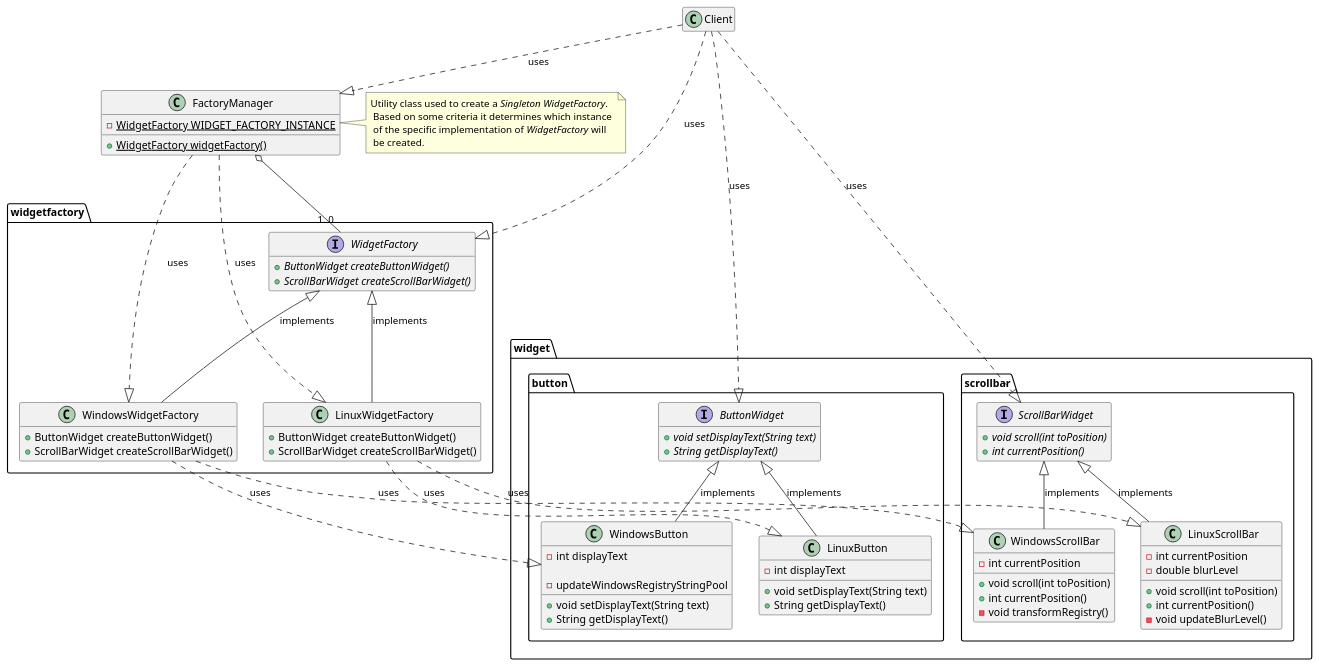
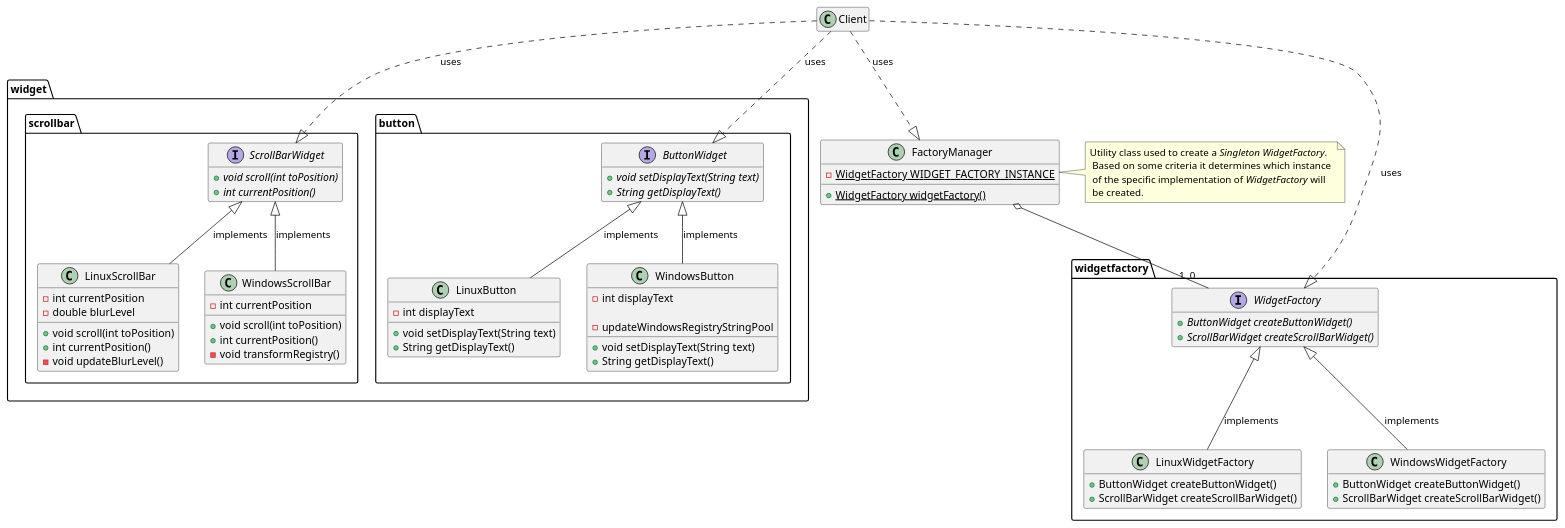
Before and after one commit to lealceldeiro/gems: the diagram in DesignPatternsElementsOfReusableObjectOrientesSoftware/Chapter03/AbstractFactory/AbstractFactoryPattern.puml, drawn with PlantUML.

Commit message:
Update AbstractFactoryPattern.puml
Remove incorrect usage reference among clases

```diff
--- a/DesignPatternsElementsOfReusableObjectOrientesSoftware/Chapter03/AbstractFactory/AbstractFactoryPattern.puml
+++ b/DesignPatternsElementsOfReusableObjectOrientesSoftware/Chapter03/AbstractFactory/AbstractFactoryPattern.puml
@@ -1,96 +1,88 @@
 @startuml
 package widgetfactory {
     interface WidgetFactory {
         + {abstract} ButtonWidget createButtonWidget()
         + {abstract} ScrollBarWidget createScrollBarWidget()
     }
     class LinuxWidgetFactory {
         + ButtonWidget createButtonWidget()
         + ScrollBarWidget createScrollBarWidget()
     }
     class WindowsWidgetFactory {
         + ButtonWidget createButtonWidget()
         + ScrollBarWidget createScrollBarWidget()
     }
 
     WidgetFactory <|-- LinuxWidgetFactory : implements
     WidgetFactory <|-- WindowsWidgetFactory : implements
 }
 
 package widget {
     package scrollbar {
         interface ScrollBarWidget {
             + {abstract} void scroll(int toPosition)
             + {abstract} int currentPosition()
         }
         class LinuxScrollBar {
             - int currentPosition
             - double blurLevel
 
             + void scroll(int toPosition)
             + int currentPosition()
             - void updateBlurLevel()
         }
         class WindowsScrollBar {
             - int currentPosition
 
             + void scroll(int toPosition)
             + int currentPosition()
             - void transformRegistry()
         }
     }
     package button {
         interface ButtonWidget {
             + {abstract} void setDisplayText(String text)
             + {abstract} String getDisplayText()
         }
         class LinuxButton {
             - int displayText
 
             + void setDisplayText(String text)
             + String getDisplayText()
         }
 
         class WindowsButton {
             - int displayText
 
             + void setDisplayText(String text)
             + String getDisplayText()
             - updateWindowsRegistryStringPool
         }
     }
 }
 
 ScrollBarWidget <|-- LinuxScrollBar : implements
 ButtonWidget <|-- LinuxButton : implements
 
 ScrollBarWidget <|-- WindowsScrollBar : implements
 ButtonWidget <|-- WindowsButton : implements
 
 class FactoryManager {
     - {static} WidgetFactory WIDGET_FACTORY_INSTANCE
 
     + {static} WidgetFactory widgetFactory()
 }
 class FactoryManager
 note right: Utility class used to create a <i>Singleton</i> <i>WidgetFactory</i>. \n Based on some criteria it determines which instance \n of the specific implementation of <i>WidgetFactory</i> will \n be created.
 
-WindowsWidgetFactory ..|> WindowsButton : uses
-WindowsWidgetFactory ..|> WindowsScrollBar : uses
-
-LinuxWidgetFactory ..|> LinuxButton : uses
-LinuxWidgetFactory ..|> LinuxScrollBar : uses
-
 FactoryManager o-- "1..0" WidgetFactory
-FactoryManager ..|> LinuxWidgetFactory : uses
-FactoryManager ..|> WindowsWidgetFactory : uses
 
 class Client
 
 Client ..|> FactoryManager : uses
 Client ..|> ButtonWidget : uses
 Client ..|> ScrollBarWidget : uses
 Client ..|> WidgetFactory : uses
 
 hide empty members
 @enduml
```
